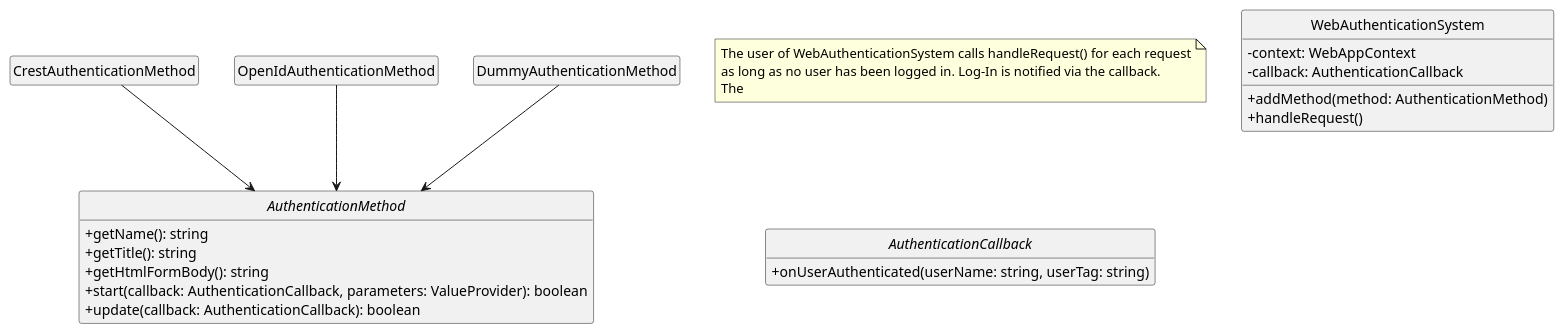
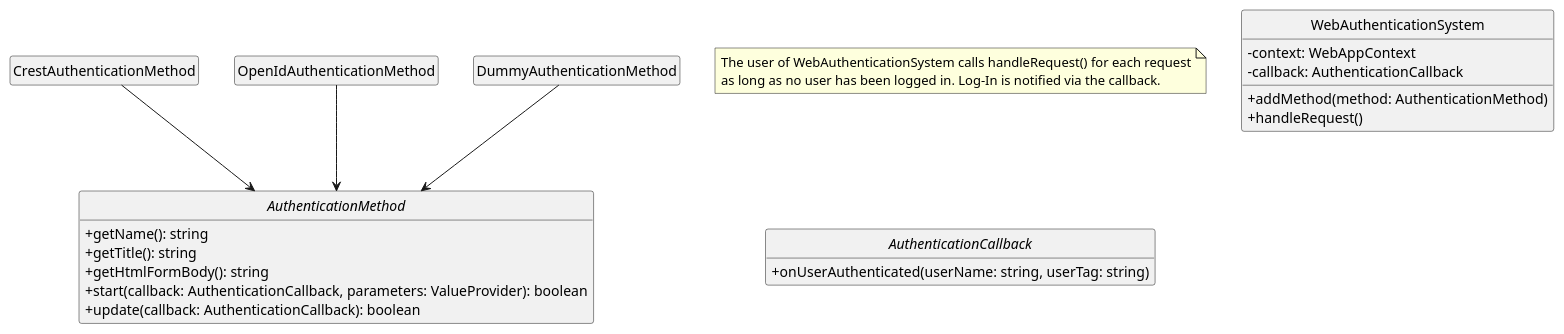
One commit to dertseha/eve-upro changed the diagram in eve-upro/uml/AuthenticationSystem.plantuml. Above: the diagram before and after it, drawn with PlantUML. The commit also changed 25 other files, not shown here.

Commit message:
#22 Added first admin interface implementation - created 'product' namespace for the product stuff - moved main application to product namespace - created AdminControl interface: update schema and create data model - created web and console applications using AdminControl

```diff
--- a/eve-upro/uml/AuthenticationSystem.plantuml
+++ b/eve-upro/uml/AuthenticationSystem.plantuml
@@ -1,43 +1,42 @@
 @startuml
 skinparam classAttributeIconSize 0
 hide empty members
 hide circle
 
 interface AuthenticationMethod {
    + getName(): string
    + getTitle(): string
    + getHtmlFormBody(): string
    + start(callback: AuthenticationCallback, parameters: ValueProvider): boolean
    + update(callback: AuthenticationCallback): boolean
 }
 
 note as Note1
 The user of WebAuthenticationSystem calls handleRequest() for each request
 as long as no user has been logged in. Log-In is notified via the callback.
-The  
 end note
 
 class WebAuthenticationSystem {
    - context: WebAppContext
    - callback: AuthenticationCallback
    + addMethod(method: AuthenticationMethod)
    + handleRequest()
 }
 
 class OpenIdAuthenticationMethod {
 
 }
 
 class CrestAuthenticationMethod {
 
 }
 
 interface AuthenticationCallback {
    + onUserAuthenticated(userName: string, userTag: string)
 }
 
 AuthenticationMethod <-up- DummyAuthenticationMethod
 AuthenticationMethod <-up- OpenIdAuthenticationMethod
 AuthenticationMethod <-up- CrestAuthenticationMethod
 
 @enduml
```
